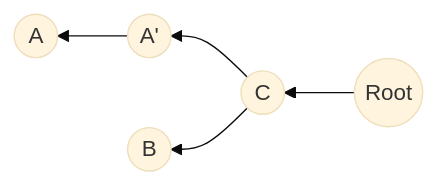
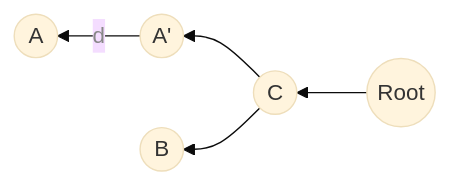
One commit to CHOYUNSIG/algorithm_with_bojtag changed the second of 6 diagrams in public/post/lca.md. Above: the diagram before and after it, drawn with Mermaid (base theme). The commit also changed other lines of this file and 14 other files, not shown here.

```diff
--- a/public/post/lca.md
+++ b/public/post/lca.md
@@ -47,14 +47,14 @@
 <pre class="mermaid">
     graph RL
 
     root --> C
     C --> Ap
-    Ap -- <span class="mathjax mj1"></span> --> A
+    Ap -- <p style="color: #888">d</p> --> A
     C --> B
 
     root((Root))
     A(("<span style="display: inline-block; width: 1em">A</span>"))
     Ap(("<span style="display: inline-block; width: 1em">A'</span>"))
     B(("<span style="display: inline-block; width: 1em">B</span>"))
     C(("<span style="display: inline-block; width: 1em">C</span>"))
 </pre>
```
